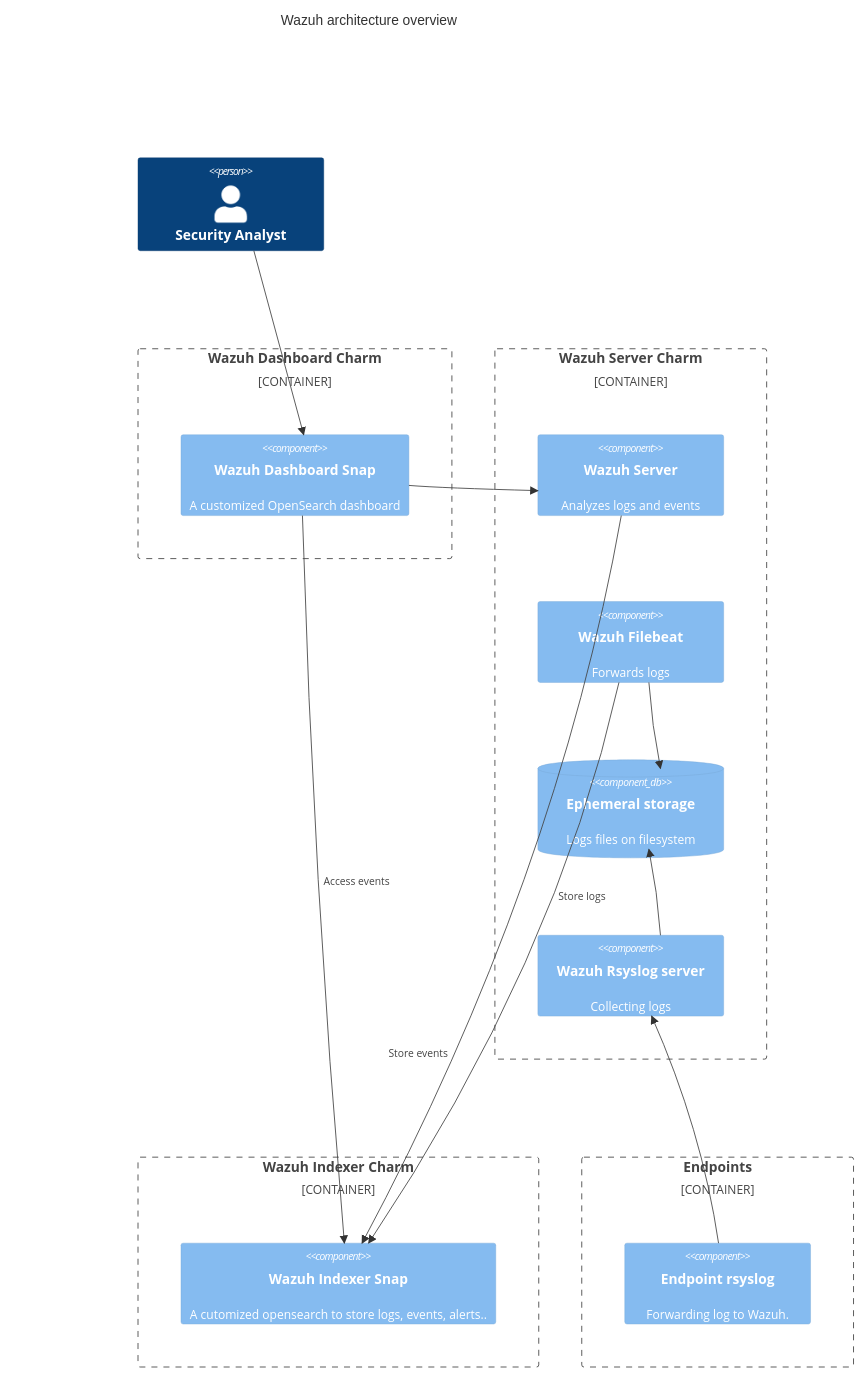
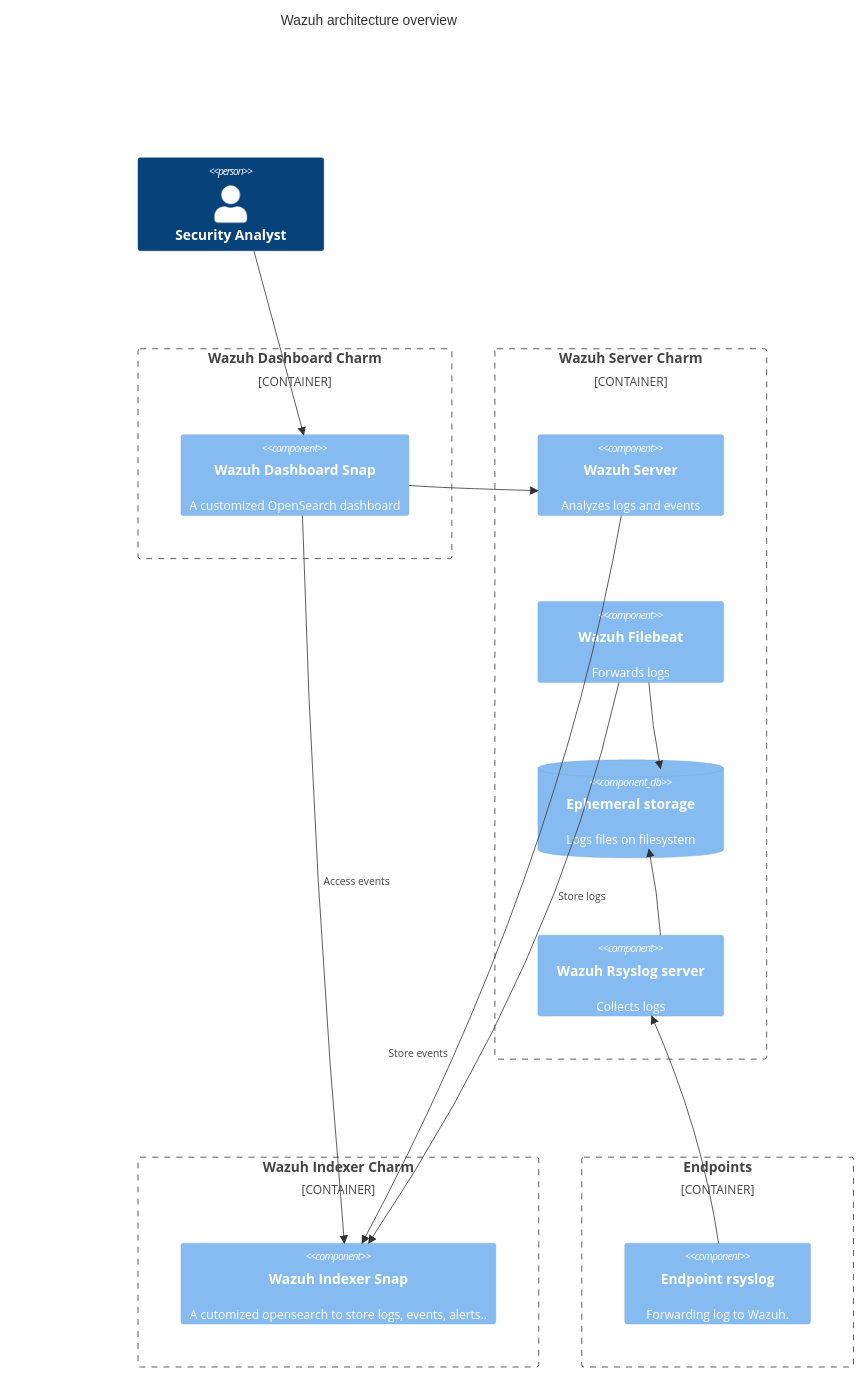
Before and after one commit to canonical/wazuh-server-operator: the diagram in docs/explanation/architecture-overview.md, drawn with Mermaid.

````diff
--- a/docs/explanation/architecture-overview.md
+++ b/docs/explanation/architecture-overview.md
@@ -8,42 +8,42 @@
 ```mermaid
 C4Context
 title Wazuh architecture overview
 
 Person(security-analyst, "Security Analyst", "")
 Rel(security-analyst, wazuh-dashboard, "")
 
 Container_Boundary(wazuh-dashboard, "Wazuh Dashboard Charm") {
     Component(wazuh-dashboard, "Wazuh Dashboard Snap", "","A customized OpenSearch dashboard")
 }
 
 
 Container_Boundary(synapse, "Wazuh Server Charm") {
   Component(wazuh-server, "Wazuh Server", "", "Analyzes logs and events")
   Component(wazuh-filebeat, "Wazuh Filebeat", "", "Forwards logs")
   ComponentDb(filesystem, "Ephemeral storage", "", "Logs files on filesystem")
-  Component(wazuh-rsyslog, "Wazuh Rsyslog server", "", "Collecting logs")
+  Component(wazuh-rsyslog, "Wazuh Rsyslog server", "", "Collects logs")
   Rel(wazuh-rsyslog, filesystem,"")
   Rel(wazuh-filebeat, filesystem,"")
 }
 Rel(wazuh-filebeat, wazuh-indexer,"Store logs")
 
 Container_Boundary(wazuh-indexer, "Wazuh Indexer Charm") {
     Component(wazuh-indexer, "Wazuh Indexer Snap", "","A cutomized opensearch to store logs, events, alerts..")
 }
 
 
 Container_Boundary(endpoints, "Endpoints") {
     Component(endpoint-rsyslog, "Endpoint rsyslog", "","Forwarding log to Wazuh.")
 }
 
 
 Rel(wazuh-server, wazuh-indexer, "Store events")
 Rel(wazuh-dashboard, wazuh-indexer, "Access events")
 Rel(wazuh-dashboard, wazuh-server, "")
 Rel(endpoint-rsyslog, wazuh-rsyslog, "")
 
 UpdateRelStyle(wazuh-server, wazuh-indexer, $offsetX="-120", $offsetY="200")
 UpdateRelStyle(wazuh-filebeat, wazuh-indexer, $offsetX="75", $offsetY="-80")
 
 UpdateLayoutConfig($c4ShapeInRow="2", $c4BoundaryInRow="2")
 ```
````
